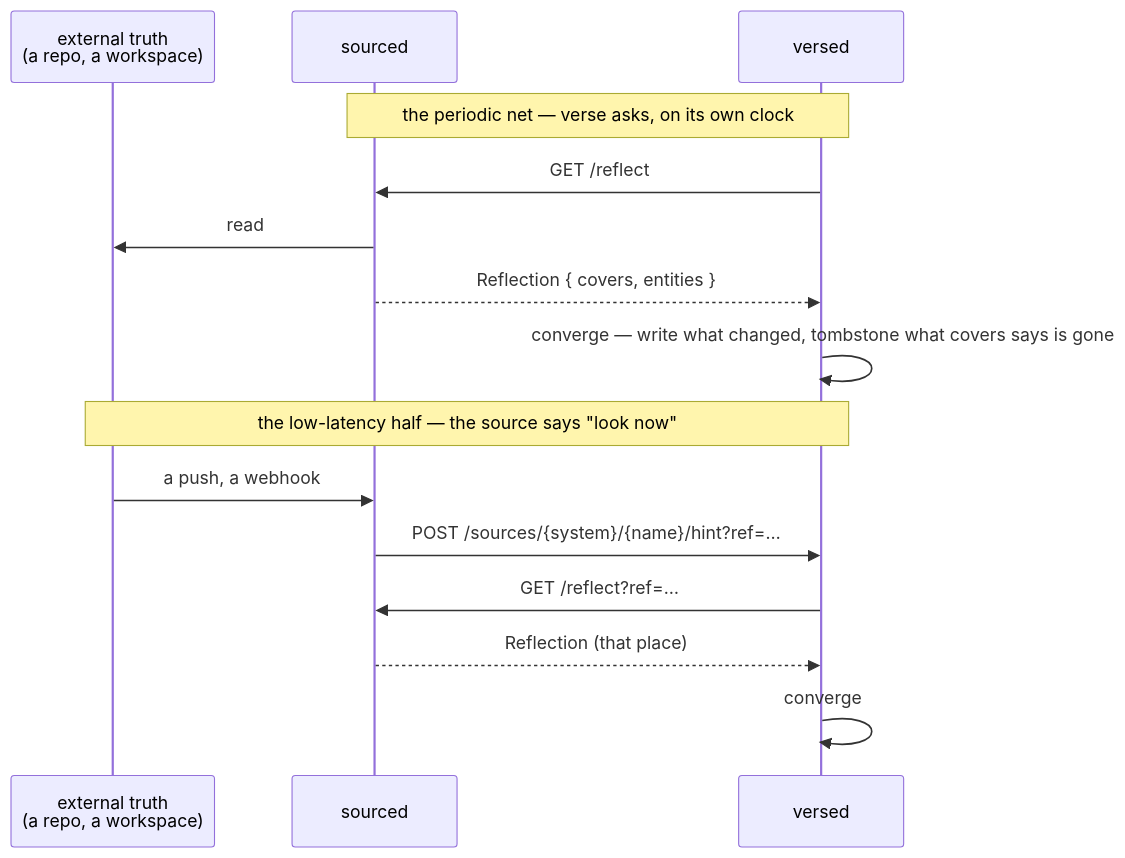
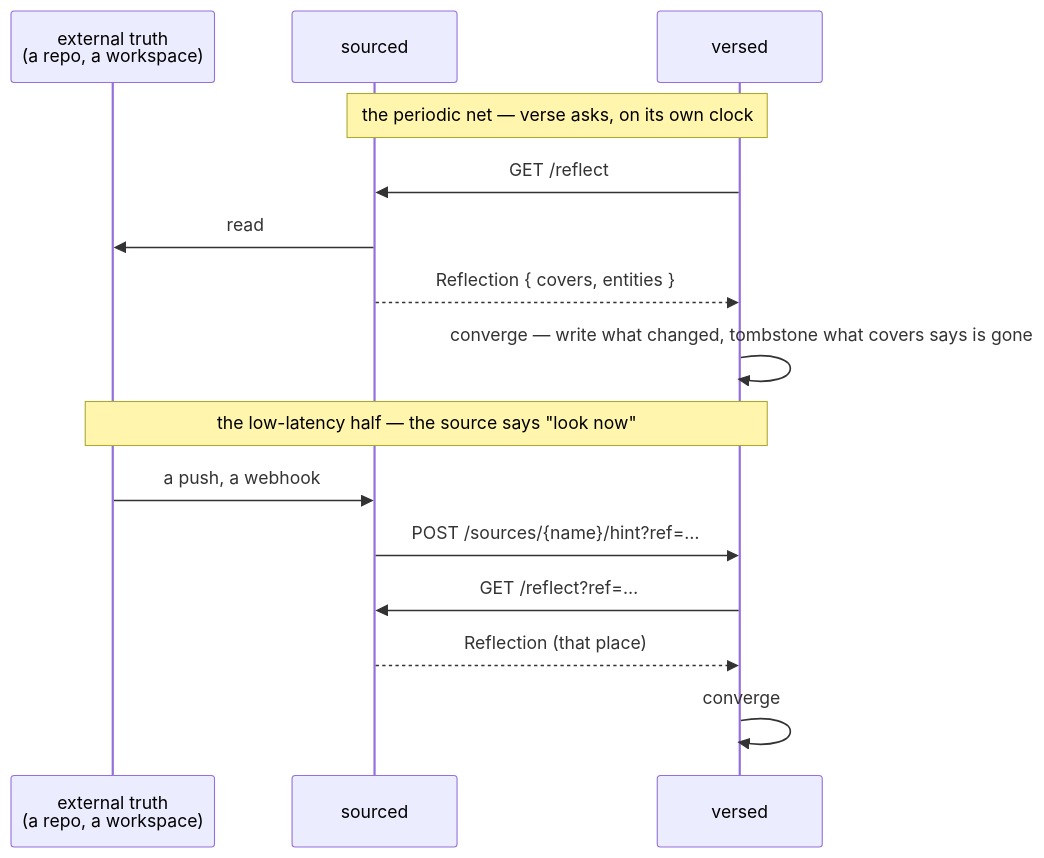
Before and after one commit to signadot/viff: the fourth of 4 diagrams in docs/seams.md, drawn with Mermaid. The commit also changed other lines of this file and 233 other files, not shown here.

````diff
--- a/docs/seams.md
+++ b/docs/seams.md
@@ -240,19 +240,19 @@
 ```mermaid
 sequenceDiagram
   participant X as external truth<br/>(a repo, a workspace)
   participant Src as sourced
   participant V as versed
 
   Note over V,Src: the periodic net — verse asks, on its own clock
   V->>Src: GET /reflect
   Src->>X: read
   Src-->>V: Reflection { covers, entities }
   V->>V: converge — write what changed, tombstone what covers says is gone
 
   Note over X,V: the low-latency half — the source says "look now"
   X->>Src: a push, a webhook
-  Src->>V: POST /sources/{system}/{name}/hint?ref=…
+  Src->>V: POST /sources/{name}/hint?ref=…
   V->>Src: GET /reflect?ref=…
   Src-->>V: Reflection (that place)
   V->>V: converge
 ```
````
